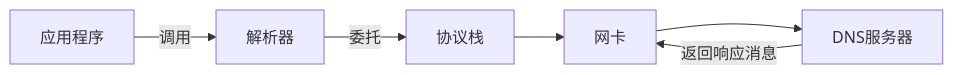
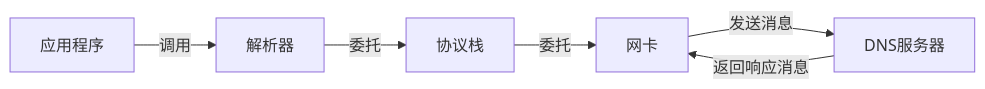
Before and after one commit to poppop9/obsidian: the diagram in 计算机/四大件/计算机网络2.md, drawn with Mermaid. The commit also changed 1 other file, not shown here.

Commit message:
vault backup: 2023-09-03 10:03:59

````diff
--- a/计算机/四大件/计算机网络2.md
+++ b/计算机/四大件/计算机网络2.md
@@ -79,5 +79,5 @@
 ```mermaid
 graph LR
-	a[应用程序]--调用-->b[解析器]--委托-->c[协议栈]-->d[网卡]-->e[DNS服务器]
+	a[应用程序]--调用-->b[解析器]--委托-->c[协议栈]--委托-->d[网卡]--发送消息-->e[DNS服务器]
 	e--返回响应消息-->d
 ```
````
